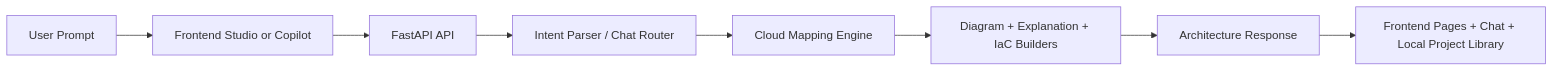
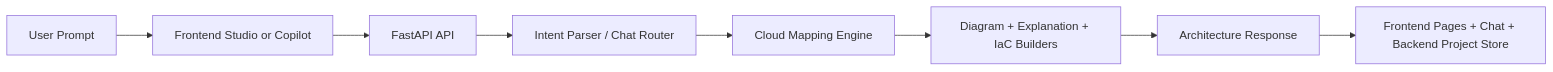
Before and after one commit to KasdevTech/arch-kasdevtech: the diagram in README.md, drawn with Mermaid. The commit also changed other lines of this file and 33 other files, not shown here.

Commit message:
Add backend project persistence and ship planning

````diff
--- a/README.md
+++ b/README.md
@@ -48,10 +50,10 @@
 ```mermaid
 flowchart LR
     A[User Prompt] --> B[Frontend Studio or Copilot]
     B --> C[FastAPI API]
     C --> D[Intent Parser / Chat Router]
     D --> E[Cloud Mapping Engine]
     E --> F[Diagram + Explanation + IaC Builders]
     F --> G[Architecture Response]
-    G --> H[Frontend Pages + Chat + Local Project Library]
+    G --> H[Frontend Pages + Chat + Backend Project Store]
 ```
````
